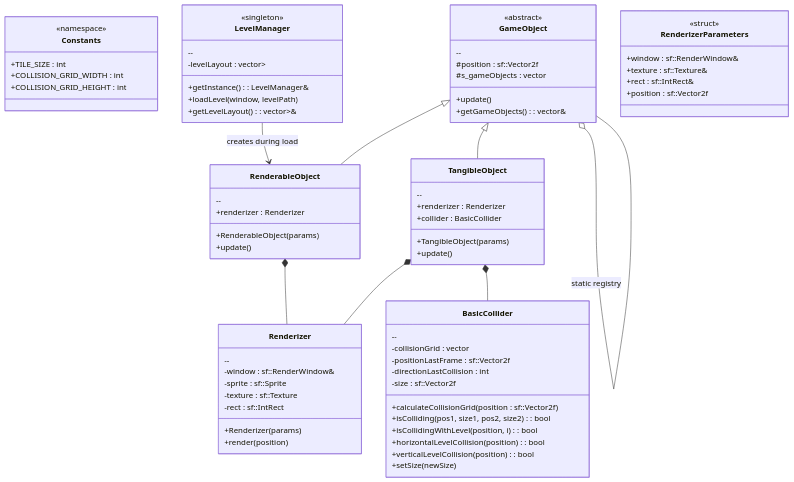
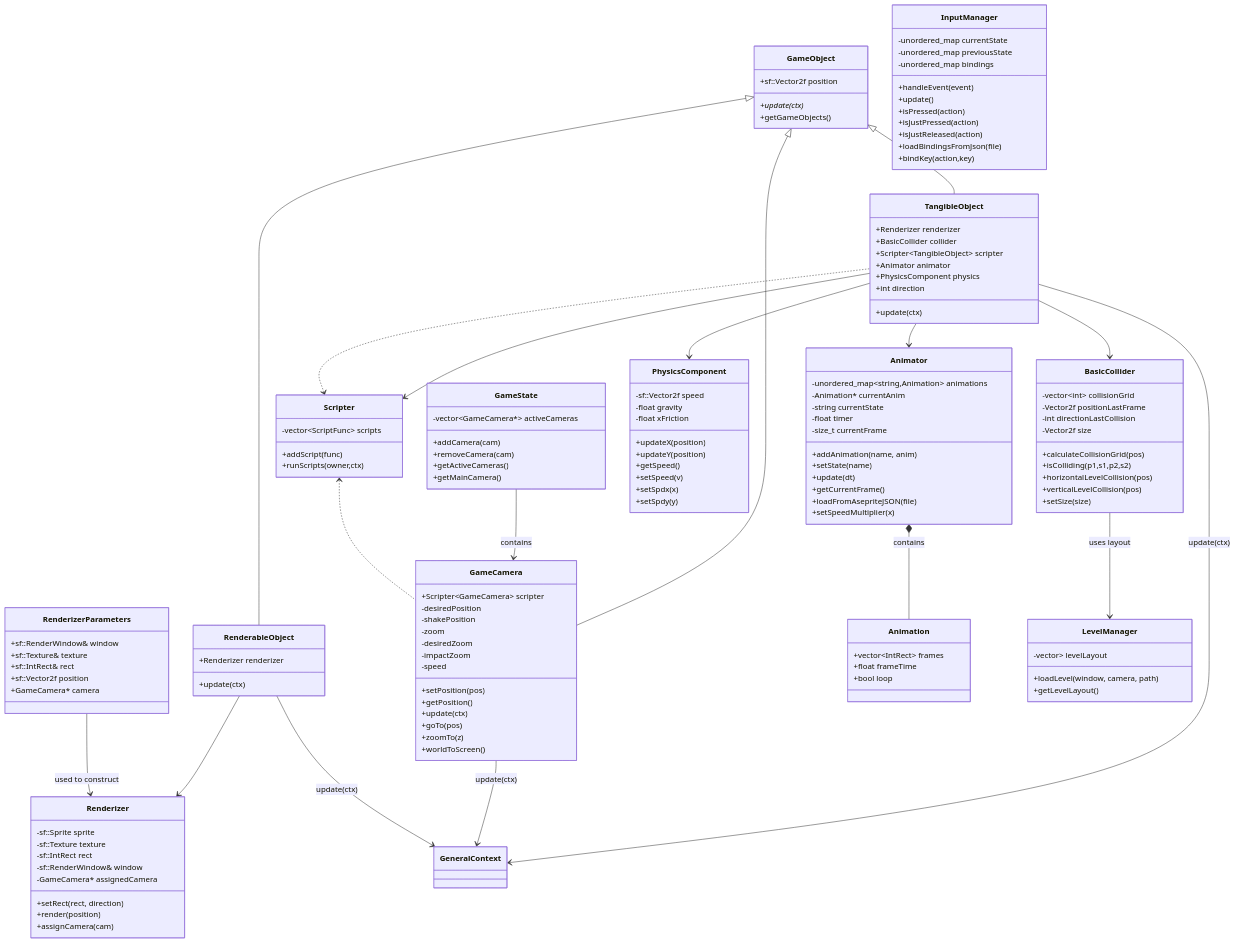
One commit to DaniloTato/SNOWGUN_WONDERS changed the diagram in class_diagram.md. Above: the diagram before and after it, drawn with Mermaid. The commit also changed 14 other files, not shown here.

````diff
--- a/class_diagram.md
+++ b/class_diagram.md
@@ -1,88 +1,209 @@
 ```mermaid
 classDiagram
+    %% ===============================
+    %% Core GameObject hierarchy
+    %% ===============================
 
-class Constants {
-    <<namespace>>
-    +TILE_SIZE : int
-    +COLLISION_GRID_WIDTH : int
-    +COLLISION_GRID_HEIGHT : int
-}
+    class GameObject {
+        +sf::Vector2f position
+        +update(ctx)*
+        +getGameObjects()
+    }
 
-class BasicCollider {
-    +calculateCollisionGrid(position : sf::Vector2f)
-    +isColliding(pos1, size1, pos2, size2) : bool
-    +isCollidingWithLevel(position, i) : bool
-    +horizontalLevelCollision(position) : bool
-    +verticalLevelCollision(position) : bool
-    +setSize(newSize)
-    --
-    -collisionGrid : vector<int>
-    -positionLastFrame : sf::Vector2f
-    -directionLastCollision : int
-    -size : sf::Vector2f
-}
+    class RenderableObject {
+        +Renderizer renderizer
+        +update(ctx)
+    }
 
-class GameObject {
-    <<abstract>>
-    +update()
-    +getGameObjects() : vector<GameObject*>&
-    --
-    #position : sf::Vector2f
-    #s_gameObjects : vector<GameObject*>
-}
+    GameObject <|-- RenderableObject
+    GameObject <|-- GameCamera
+    GameObject <|-- TangibleObject
 
-class LevelManager {
-    <<singleton>>
-    +getInstance() : LevelManager&
-    +loadLevel(window, levelPath)
-    +getLevelLayout() : vector<vector<int>>&
-    --
-    -levelLayout : vector<vector<int>>
-}
 
-class RenderizerParameters {
-    <<struct>>
-    +window : sf::RenderWindow&
-    +texture : sf::Texture&
-    +rect : sf::IntRect&
-    +position : sf::Vector2f
-}
+    %% ===============================
+    %% Renderizer subsystem
+    %% ===============================
 
-class Renderizer {
-    +Renderizer(params)
-    +render(position)
-    --
-    -window : sf::RenderWindow&
-    -sprite : sf::Sprite
-    -texture : sf::Texture
-    -rect : sf::IntRect
-}
+    class RenderizerParameters {
+        +sf::RenderWindow& window
+        +sf::Texture& texture
+        +sf::IntRect& rect
+        +sf::Vector2f position
+        +GameCamera* camera
+    }
 
-class RenderableObject {
-    +RenderableObject(params)
-    +update()
-    --
-    +renderizer : Renderizer
-}
+    class Renderizer {
+        -sf::Sprite sprite
+        -sf::Texture texture
+        -sf::IntRect rect
+        -sf::RenderWindow& window
+        -GameCamera* assignedCamera
+        +setRect(rect, direction)
+        +render(position)
+        +assignCamera(cam)
+    }
 
-class TangibleObject {
-    +TangibleObject(params)
-    +update()
-    --
-    +renderizer : Renderizer
-    +collider : BasicCollider
-}
+    RenderableObject --> Renderizer
+    RenderizerParameters --> Renderizer : used to construct
 
-%% Inheritance
-GameObject <|-- RenderableObject
-GameObject <|-- TangibleObject
 
-%% Composition / Aggregation
-RenderableObject *-- Renderizer
-TangibleObject *-- Renderizer
-TangibleObject *-- BasicCollider
+    %% ===============================
+    %% TangibleObject subsystem
+    %% ===============================
+    class TangibleObject {
+        +Renderizer renderizer
+        +BasicCollider collider
+        +Scripter~TangibleObject~ scripter
+        +Animator animator
+        +PhysicsComponent physics
+        +int direction
+        +update(ctx)
+    }
 
-%% Other relationships
-LevelManager --> RenderableObject : creates during load
-GameObject o-- GameObject : static registry
+    TangibleObject --> BasicCollider
+    TangibleObject --> Scripter
+    TangibleObject --> Animator
+    TangibleObject --> PhysicsComponent
+
+
+    %% ===============================
+    %% Animator subsystem
+    %% ===============================
+
+    class Animator {
+        +addAnimation(name, anim)
+        +setState(name)
+        +update(dt)
+        +getCurrentFrame()
+        +loadFromAsepriteJSON(file)
+        +setSpeedMultiplier(x)
+        -unordered_map~string,Animation~ animations
+        -Animation* currentAnim
+        -string currentState
+        -float timer
+        -size_t currentFrame
+    }
+
+    class Animation {
+        +vector~IntRect~ frames
+        +float frameTime
+        +bool loop
+    }
+
+    Animator *-- Animation : contains
+
+
+    %% ===============================
+    %% Physics subsystem
+    %% ===============================
+
+    class PhysicsComponent {
+        -sf::Vector2f speed
+        -float gravity
+        -float xFriction
+        +updateX(position)
+        +updateY(position)
+        +getSpeed()
+        +setSpeed(v)
+        +setSpdx(x)
+        +setSpdy(y)
+    }
+
+
+    %% ===============================
+    %% Collision subsystem
+    %% ===============================
+
+    class BasicCollider {
+        -vector~int~ collisionGrid
+        -Vector2f positionLastFrame
+        -int directionLastCollision
+        -Vector2f size
+        +calculateCollisionGrid(pos)
+        +isColliding(p1,s1,p2,s2)
+        +horizontalLevelCollision(pos)
+        +verticalLevelCollision(pos)
+        +setSize(size)
+    }
+
+    class LevelManager {
+        +loadLevel(window, camera, path)
+        +getLevelLayout()
+        -vector<vector<int>> levelLayout
+    }
+
+    BasicCollider --> LevelManager : uses layout
+
+
+    %% ===============================
+    %% Camera subsystem
+    %% ===============================
+
+    class GameCamera {
+        +setPosition(pos)
+        +getPosition()
+        +update(ctx)
+        +goTo(pos)
+        +zoomTo(z)
+        +worldToScreen()
+        +Scripter~GameCamera~ scripter
+        -desiredPosition
+        -shakePosition
+        -zoom
+        -desiredZoom
+        -impactZoom
+        -speed
+    }
+
+    class GameState {
+        +addCamera(cam)
+        +removeCamera(cam)
+        +getActiveCameras()
+        +getMainCamera()
+        -vector~GameCamera*~ activeCameras
+    }
+
+    GameState --> GameCamera : contains
+
+
+    %% ===============================
+    %% Input subsystem
+    %% ===============================
+
+    class InputManager {
+        +handleEvent(event)
+        +update()
+        +isPressed(action)
+        +isJustPressed(action)
+        +isJustReleased(action)
+        +loadBindingsFromJson(file)
+        +bindKey(action,key)
+        -unordered_map currentState
+        -unordered_map previousState
+        -unordered_map bindings
+    }
+
+
+    %% ===============================
+    %% Scripting subsystem
+    %% ===============================
+
+    class Scripter {
+        +addScript(func)
+        +runScripts(owner,ctx)
+        -vector~ScriptFunc~ scripts
+    }
+
+    Scripter <.. TangibleObject
+    Scripter <.. GameCamera
+
+
+    %% ===============================
+    %% GeneralContext link
+    %% ===============================
+
+    class GeneralContext
+    TangibleObject --> GeneralContext : update(ctx)
+    GameCamera --> GeneralContext : update(ctx)
+    RenderableObject --> GeneralContext : update(ctx)
 ```
````
